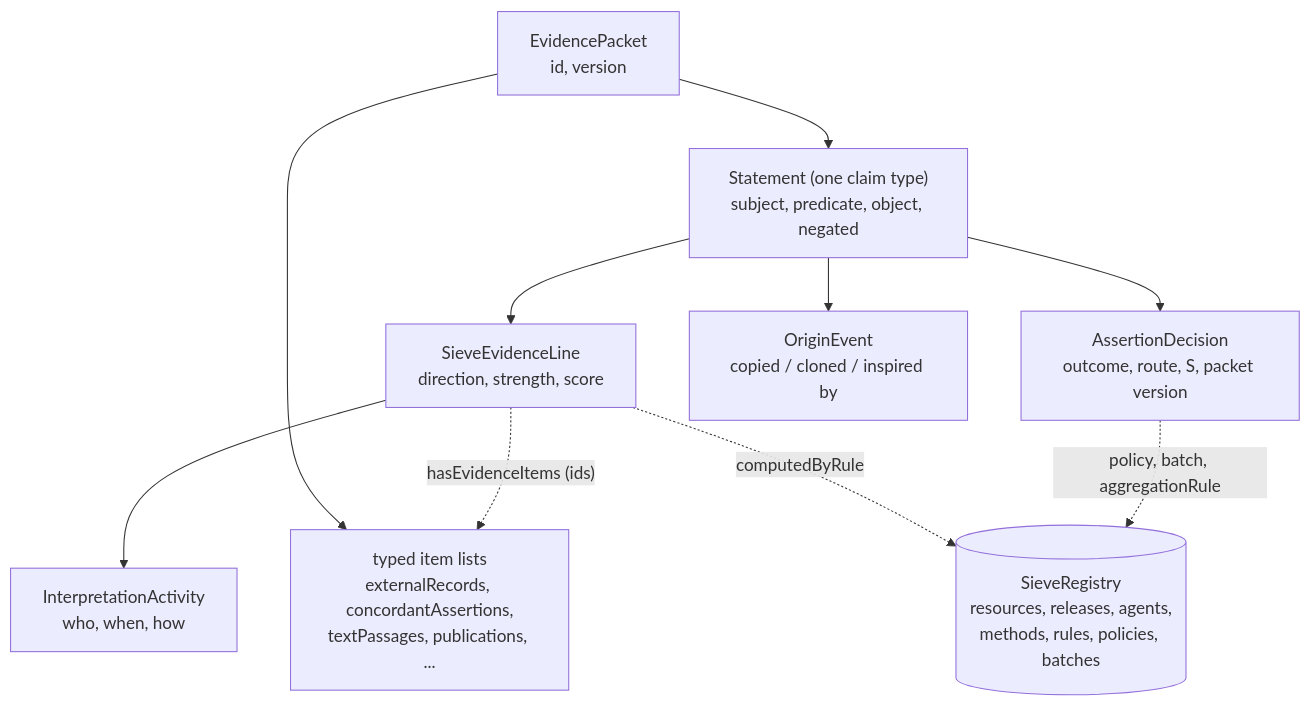
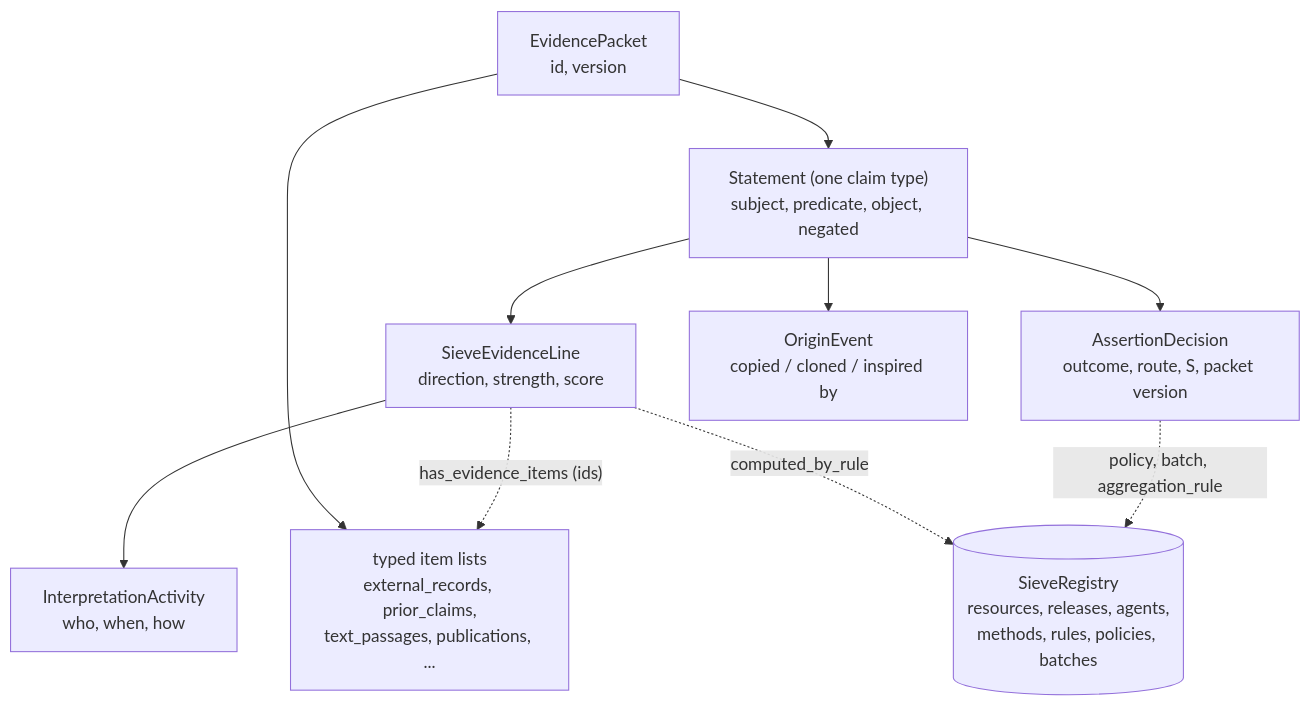
The diagram in docs/data-model.md (matentzn/sieve), drawn with Mermaid before and after one commit. The commit also changed other lines of this file and 12 other files, not shown here.

````diff
--- a/docs/data-model.md
+++ b/docs/data-model.md
@@ -52,13 +52,13 @@
 ```mermaid
 flowchart TD
     P["EvidencePacket<br/>id, version"] --> S["Statement (one claim type)<br/>subject, predicate, object, negated"]
     S --> L["SieveEvidenceLine<br/>direction, strength, score"]
     L --> IA["InterpretationActivity<br/>who, when, how"]
     S --> D["AssertionDecision<br/>outcome, route, S, packet version"]
     S --> O["OriginEvent<br/>copied / cloned / inspired by"]
-    P --> I["typed item lists<br/>externalRecords, concordantAssertions,<br/>textPassages, publications, ..."]
-    L -. "hasEvidenceItems (ids)" .-> I
+    P --> I["typed item lists<br/>external_records, prior_claims,<br/>text_passages, publications, ..."]
+    L -. "has_evidence_items (ids)" .-> I
     R[("SieveRegistry<br/>resources, releases, agents,<br/>methods, rules, policies, batches")]
-    L -. "computedByRule" .-> R
-    D -. "policy, batch, aggregationRule" .-> R
+    L -. "computed_by_rule" .-> R
+    D -. "policy, batch, aggregation_rule" .-> R
 ```
````
